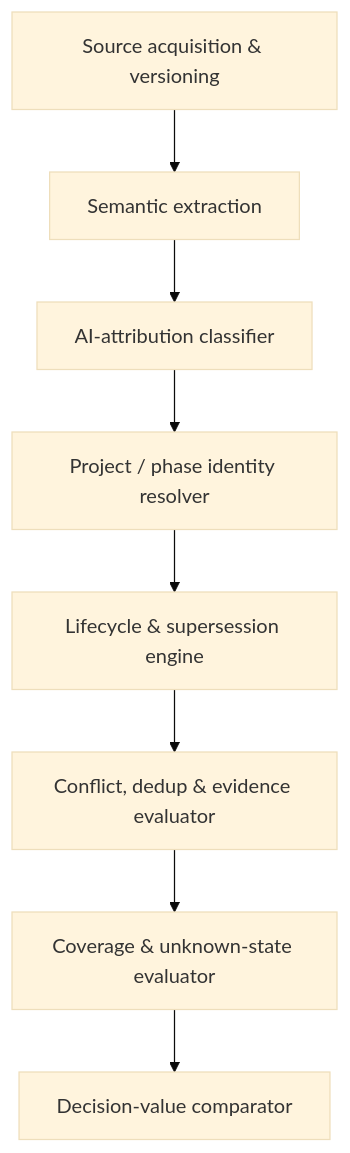
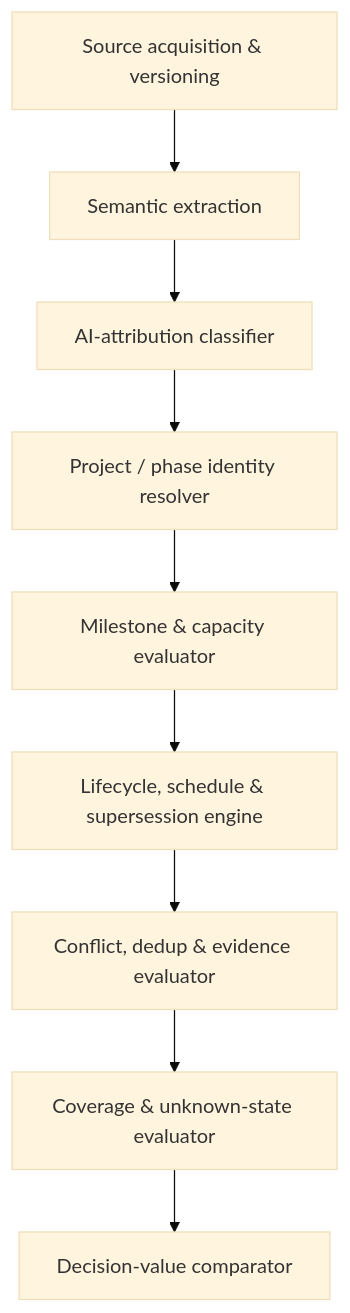
The third of 3 diagrams in docs/research/ai-infrastructure-observability/plan.md (jimisu/ai-infrastructure-monitor), drawn with Mermaid (base theme) before and after one commit. The commit also changed other lines of this file, not shown here.

Commit message:
docs: prioritize confirmed AI capacity timeline

````diff
--- a/docs/research/ai-infrastructure-observability/plan.md
+++ b/docs/research/ai-infrastructure-observability/plan.md
@@ -67,10 +70,11 @@
 ```mermaid
 flowchart TB
     Acquire["Source acquisition & versioning"] --> Extract["Semantic extraction"]
     Extract --> Attribute["AI-attribution classifier"]
     Attribute --> Identity["Project / phase identity resolver"]
-    Identity --> Lifecycle["Lifecycle & supersession engine"]
+    Identity --> Milestone["Milestone & capacity evaluator"]
+    Milestone --> Lifecycle["Lifecycle, schedule & supersession engine"]
     Lifecycle --> Evidence["Conflict, dedup & evidence evaluator"]
     Evidence --> Coverage["Coverage & unknown-state evaluator"]
     Coverage --> Value["Decision-value comparator"]
 ```
````
